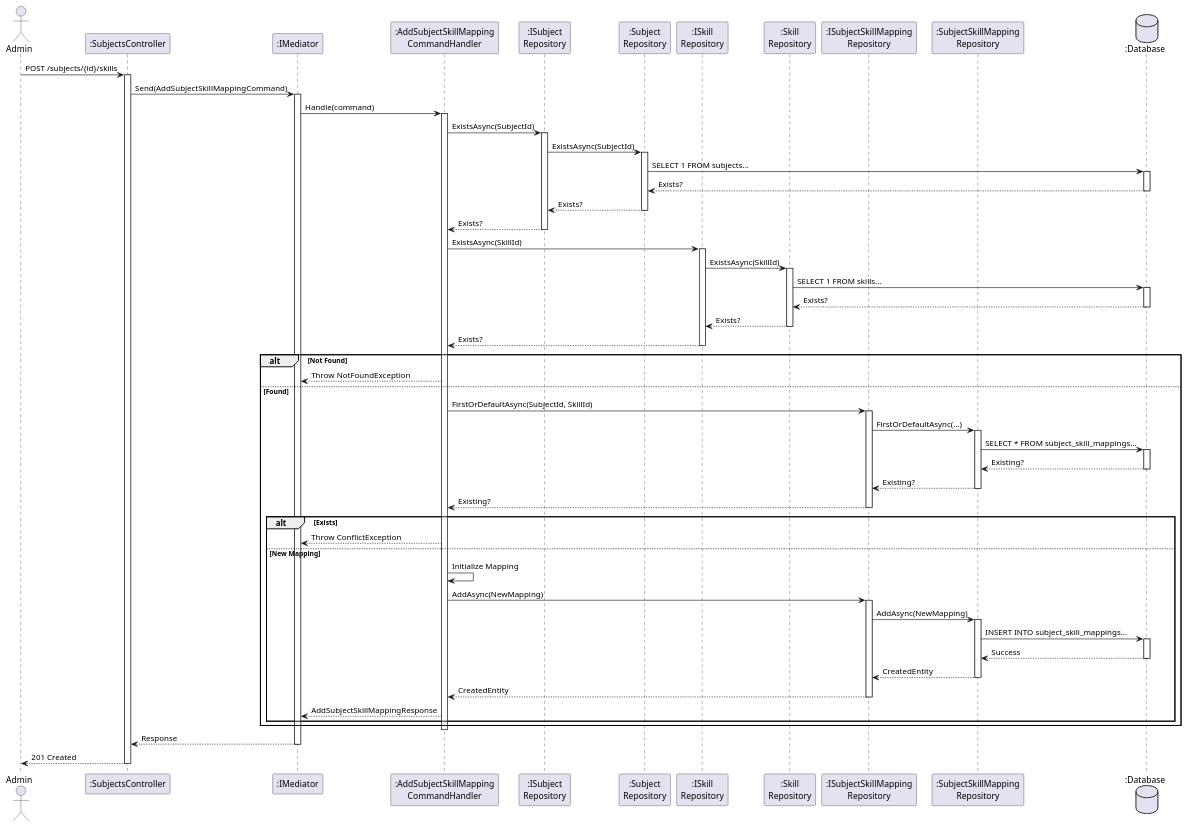
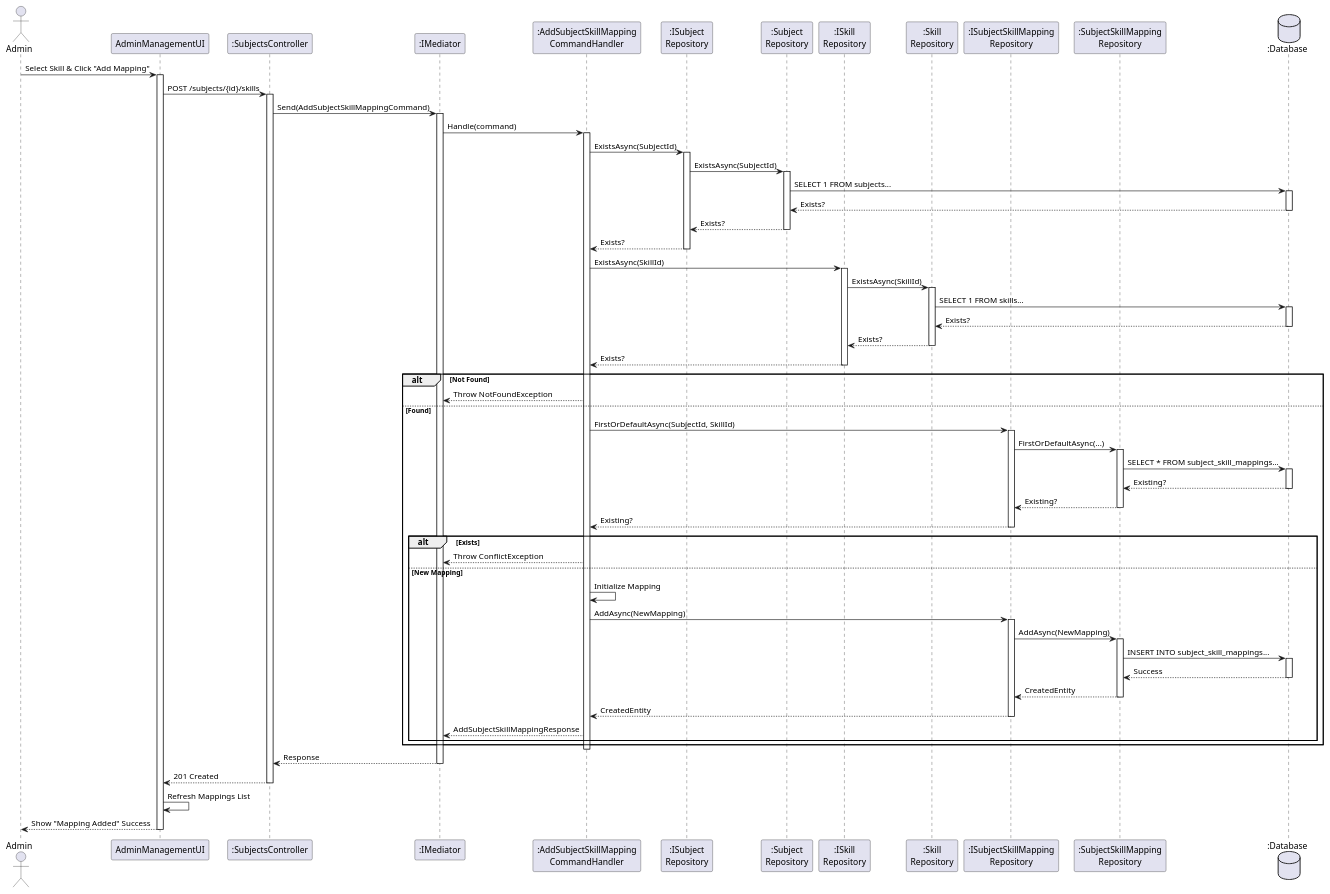
One commit to FA25SE050-RogueLearn/RogueLearn.BMAD.Documentation changed the diagram in docs/srs/diagrams/sequence-diagram/admin-skills/add-skill-mappings.puml. Above: the diagram before and after it, drawn with PlantUML. The commit also changed 77 other files, not shown here.

Commit message:
add: fix the sequence diagrams

```diff
--- a/docs/srs/diagrams/sequence-diagram/admin-skills/add-skill-mappings.puml
+++ b/docs/srs/diagrams/sequence-diagram/admin-skills/add-skill-mappings.puml
@@ -1,96 +1,104 @@
 @startuml
 actor Admin
+participant AdminManagementUI as UI
 participant ":SubjectsController" as Controller
 participant ":IMediator" as Med
 participant ":AddSubjectSkillMapping\nCommandHandler" as Handler
 participant ":ISubject\nRepository" as ISubRepo
 participant ":Subject\nRepository" as SubRepo
 participant ":ISkill\nRepository" as ISkillRepo
 participant ":Skill\nRepository" as SkillRepo
 participant ":ISubjectSkillMapping\nRepository" as IMapRepo
 participant ":SubjectSkillMapping\nRepository" as MapRepo
 database ":Database" as DB
 
-Admin -> Controller : POST /subjects/{id}/skills
+Admin -> UI : Select Skill & Click "Add Mapping"
+activate UI
+
+UI -> Controller : POST /subjects/{id}/skills
 activate Controller
 
 Controller -> Med : Send(AddSubjectSkillMappingCommand)
 activate Med
 
 Med -> Handler : Handle(command)
 activate Handler
 
 ' 1. Validate Existence
 Handler -> ISubRepo : ExistsAsync(SubjectId)
 activate ISubRepo
 ISubRepo -> SubRepo : ExistsAsync(SubjectId)
 activate SubRepo
 SubRepo -> DB : SELECT 1 FROM subjects...
 activate DB
 DB --> SubRepo : Exists?
 deactivate DB
 SubRepo --> ISubRepo : Exists?
 deactivate SubRepo
 ISubRepo --> Handler : Exists?
 deactivate ISubRepo
 
 Handler -> ISkillRepo : ExistsAsync(SkillId)
 activate ISkillRepo
 ISkillRepo -> SkillRepo : ExistsAsync(SkillId)
 activate SkillRepo
 SkillRepo -> DB : SELECT 1 FROM skills...
 activate DB
 DB --> SkillRepo : Exists?
 deactivate DB
 SkillRepo --> ISkillRepo : Exists?
 deactivate SkillRepo
 ISkillRepo --> Handler : Exists?
 deactivate ISkillRepo
 
 alt Not Found
     Handler --> Med : Throw NotFoundException
 else Found
     ' 2. Check Duplicate
     Handler -> IMapRepo : FirstOrDefaultAsync(SubjectId, SkillId)
     activate IMapRepo
     IMapRepo -> MapRepo : FirstOrDefaultAsync(...)
     activate MapRepo
     MapRepo -> DB : SELECT * FROM subject_skill_mappings...
     activate DB
     DB --> MapRepo : Existing?
     deactivate DB
     MapRepo --> IMapRepo : Existing?
     deactivate MapRepo
     IMapRepo --> Handler : Existing?
     deactivate IMapRepo
 
     alt Exists
         Handler --> Med : Throw ConflictException
     else New Mapping
         ' 3. Create
         Handler -> Handler : Initialize Mapping
         
         Handler -> IMapRepo : AddAsync(NewMapping)
         activate IMapRepo
         IMapRepo -> MapRepo : AddAsync(NewMapping)
         activate MapRepo
         MapRepo -> DB : INSERT INTO subject_skill_mappings...
         activate DB
         DB --> MapRepo : Success
         deactivate DB
         MapRepo --> IMapRepo : CreatedEntity
         deactivate MapRepo
         IMapRepo --> Handler : CreatedEntity
         deactivate IMapRepo
         
         Handler --> Med : AddSubjectSkillMappingResponse
     end
 end
 
 deactivate Handler
 Med --> Controller : Response
 deactivate Med
 
-Controller --> Admin : 201 Created
+Controller --> UI : 201 Created
 deactivate Controller
+
+UI -> UI : Refresh Mappings List
+UI --> Admin : Show "Mapping Added" Success
+deactivate UI
 @enduml
```
